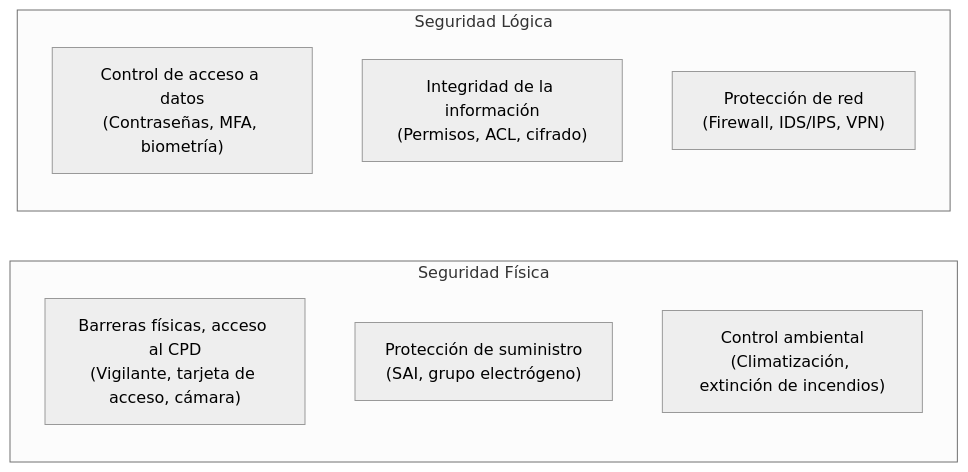
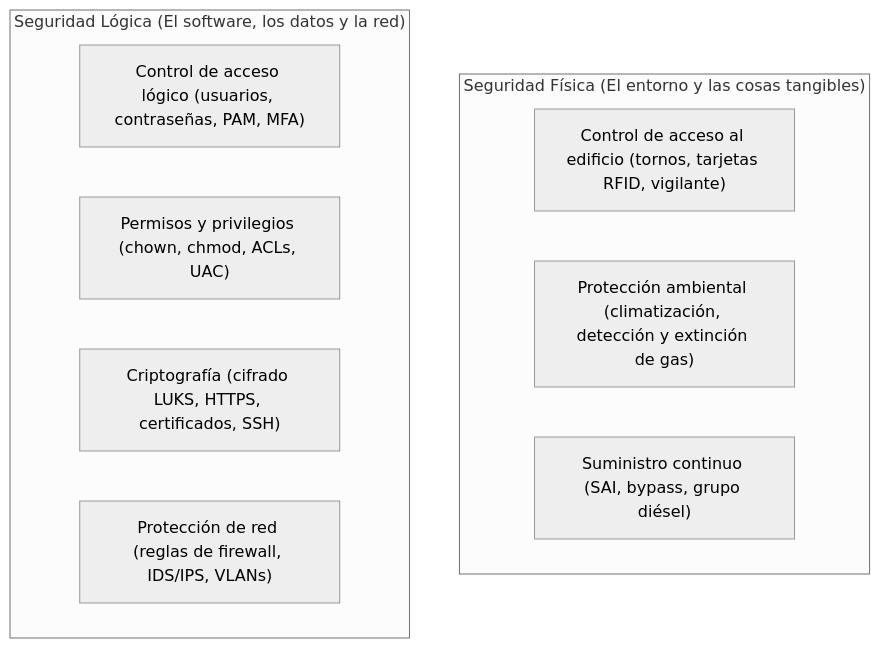
The fifth of 5 diagrams in docs/2-curso/sad/01-fundamentos-seguridad.md (JohnDSil/apuntes_asir), drawn with Mermaid (neutral theme) before and after one commit. The commit also changed other lines of this file and 4 other files, not shown here.

````diff
--- a/docs/2-curso/sad/01-fundamentos-seguridad.md
+++ b/docs/2-curso/sad/01-fundamentos-seguridad.md
@@ -143,13 +183,14 @@
 ```mermaid
-flowchart LR
-    subgraph Fisica ["Seguridad Física"]
-        F1["Barreras físicas, acceso al CPD\n(Vigilante, tarjeta de acceso, cámara)"]
-        F2["Protección de suministro\n(SAI, grupo electrógeno)"]
-        F3["Control ambiental\n(Climatización, extinción de incendios)"]
+flowchart TD
+    subgraph SF ["Seguridad Física (El entorno y las cosas tangibles)"]
+        SF1["Control de acceso al edificio (tornos, tarjetas RFID, vigilante)"]
+        SF2["Protección ambiental (climatización, detección y extinción de gas)"]
+        SF3["Suministro continuo (SAI, bypass, grupo diésel)"]
     end
-    subgraph Logica ["Seguridad Lógica"]
-        L1["Control de acceso a datos\n(Contraseñas, MFA, biometría)"]
-        L2["Integridad de la información\n(Permisos, ACL, cifrado)"]
-        L3["Protección de red\n(Firewall, IDS/IPS, VPN)"]
+    subgraph SL ["Seguridad Lógica (El software, los datos y la red)"]
+        SL1["Control de acceso lógico (usuarios, contraseñas, PAM, MFA)"]
+        SL2["Permisos y privilegios (chown, chmod, ACLs, UAC)"]
+        SL3["Criptografía (cifrado LUKS, HTTPS, certificados, SSH)"]
+        SL4["Protección de red (reglas de firewall, IDS/IPS, VLANs)"]
     end
 ```
````
